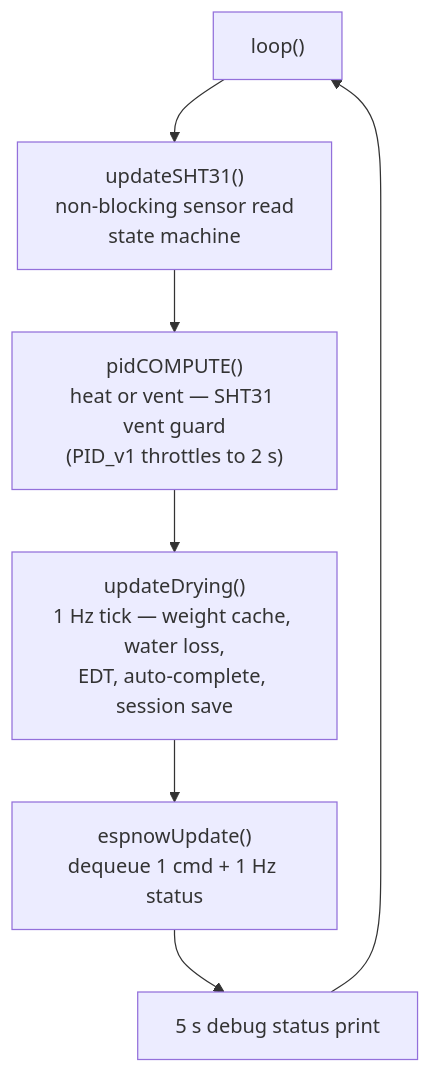
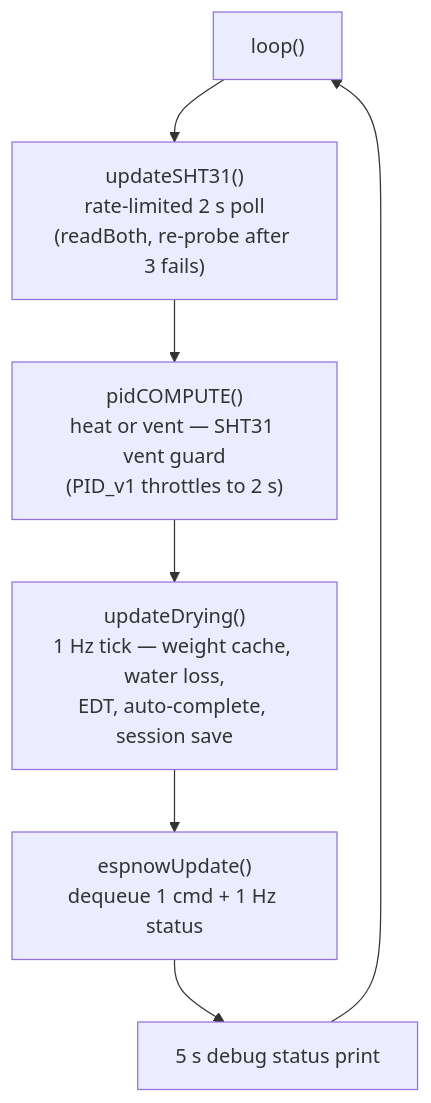
One commit to qppd/multi-dryer changed the second of 5 diagrams in docs/diagrams/flow-chart.md. Above: the diagram before and after it, drawn with Mermaid. The commit also changed other lines of this file and 13 other files, not shown here.

````diff
--- a/docs/diagrams/flow-chart.md
+++ b/docs/diagrams/flow-chart.md
@@ -30,9 +30,9 @@
 ```mermaid
 flowchart TD
-    A["loop()"] --> B["updateSHT31()<br/>non-blocking sensor read<br/>state machine"]
+    A["loop()"] --> B["updateSHT31()<br/>rate-limited 2 s poll<br/>(readBoth, re-probe after 3 fails)"]
     B --> C["pidCOMPUTE()<br/>heat or vent — SHT31 vent guard<br/>(PID_v1 throttles to 2 s)"]
     C --> D["updateDrying()<br/>1 Hz tick — weight cache, water loss,<br/>EDT, auto-complete, session save"]
     D --> E["espnowUpdate()<br/>dequeue 1 cmd + 1 Hz status"]
     E --> F["5 s debug status print"]
     F --> A
 ```
````
